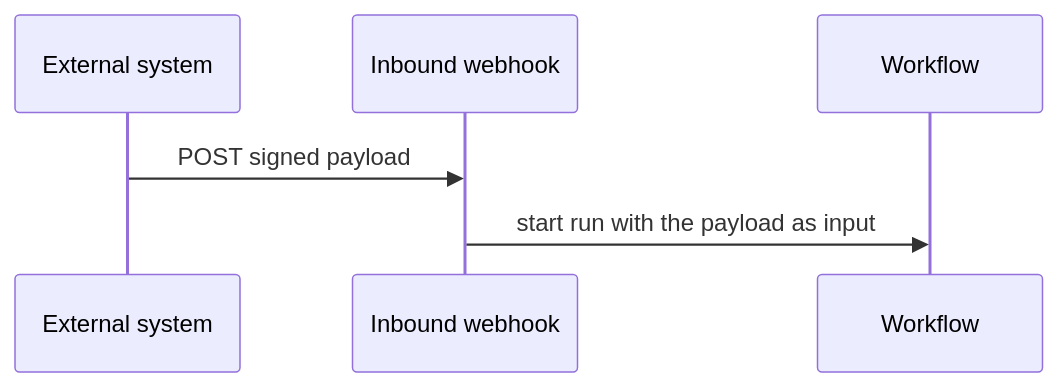
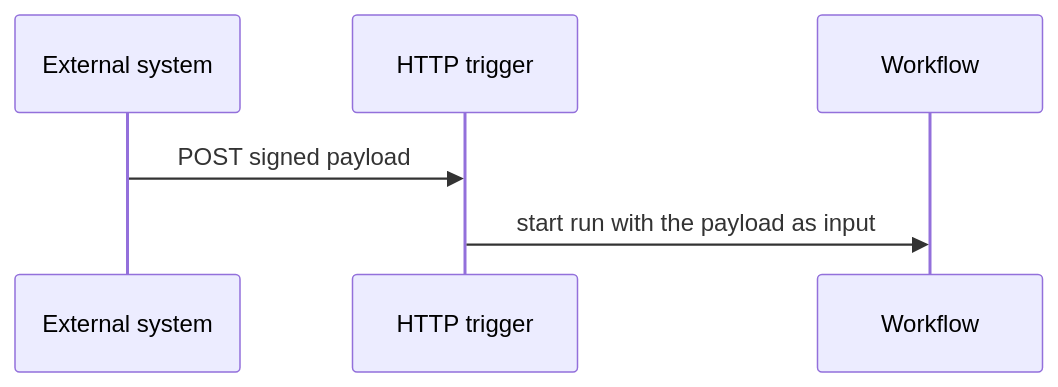
Before and after one commit to agentruntime-io/agentruntime-docs: the second of 3 diagrams in workflows/patterns.mdx, drawn with Mermaid. The commit also changed other lines of this file and 15 other files, not shown here.

````diff
--- a/workflows/patterns.mdx
+++ b/workflows/patterns.mdx
@@ -54,8 +54,8 @@
 ```mermaid
 sequenceDiagram
   participant Ext as External system
-  participant WH as Inbound webhook
+  participant WH as HTTP trigger
   participant RT as Workflow
   Ext->>WH: POST signed payload
   WH->>RT: start run with the payload as input
 ```
````
